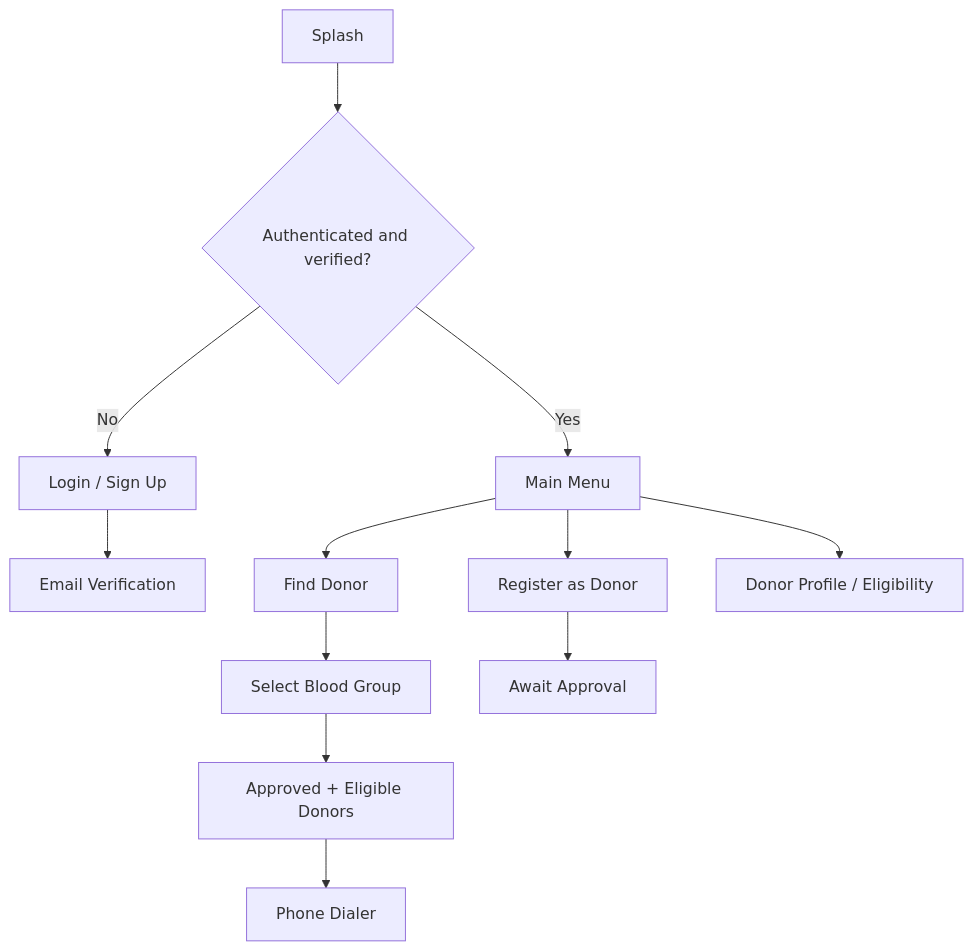
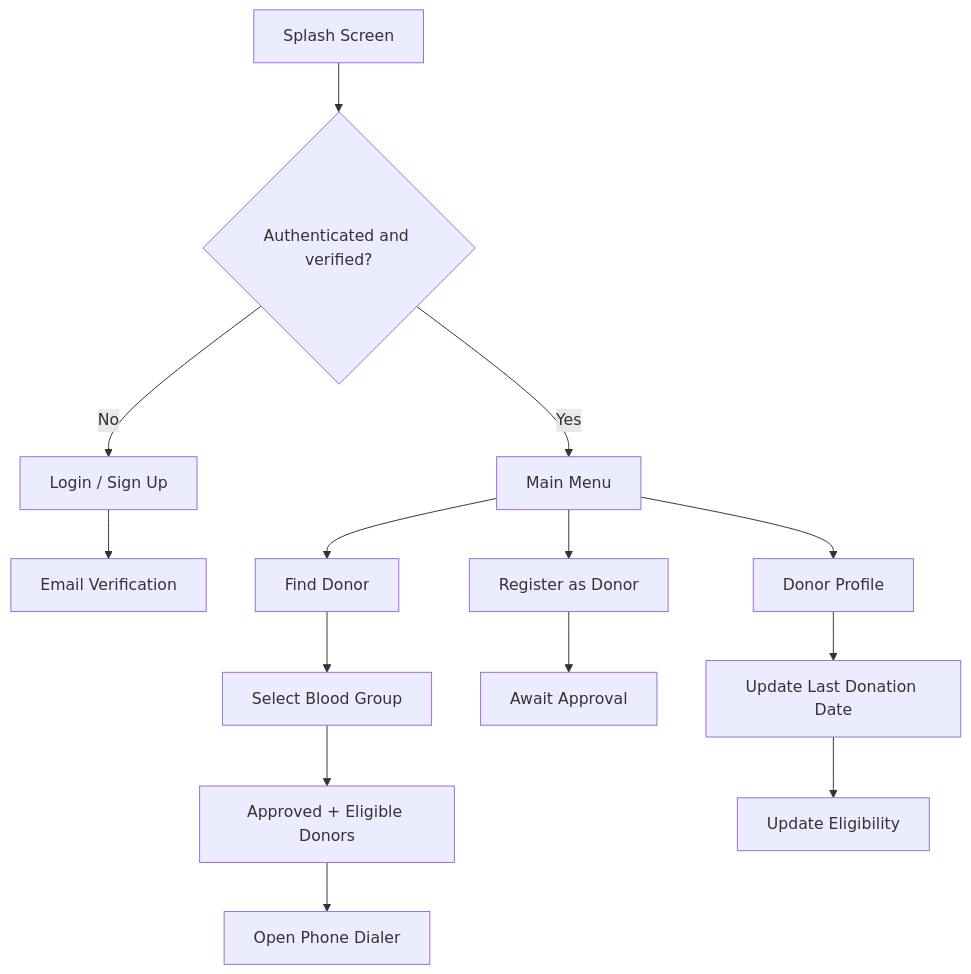
Before and after one commit to mhrafi66/blood-aid-android: the diagram in README.md, drawn with Mermaid. The commit also changed other lines of this file, not shown here.

````diff
--- a/README.md
+++ b/README.md
@@ -40,14 +38,19 @@
 ```mermaid
 flowchart TD
-    A[Splash] --> B{Authenticated and verified?}
+    A[Splash Screen] --> B{Authenticated and verified?}
     B -- No --> C[Login / Sign Up]
     C --> D[Email Verification]
     B -- Yes --> E[Main Menu]
+
     E --> F[Find Donor]
     F --> G[Select Blood Group]
     G --> H[Approved + Eligible Donors]
-    H --> I[Phone Dialer]
+    H --> I[Open Phone Dialer]
+
     E --> J[Register as Donor]
     J --> K[Await Approval]
-    E --> L[Donor Profile / Eligibility]
+
+    E --> L[Donor Profile]
+    L --> M[Update Last Donation Date]
+    M --> N[Update Eligibility]
 ```
````
